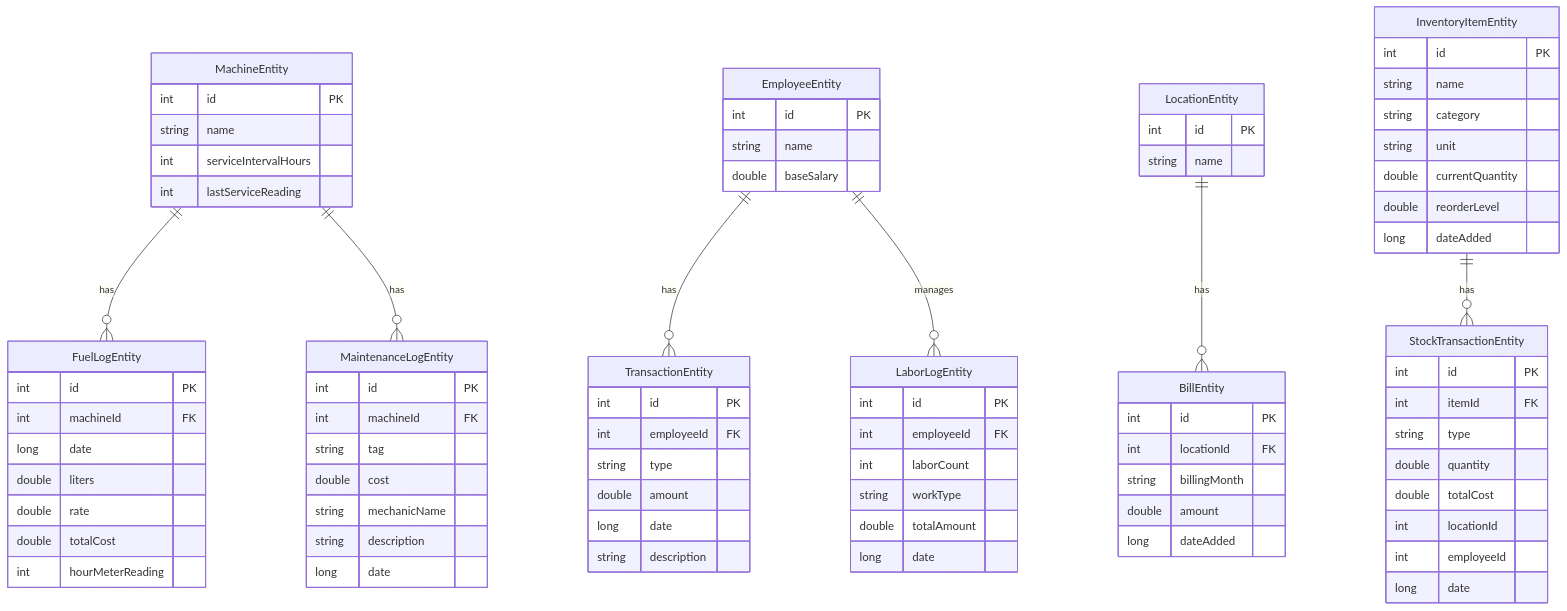
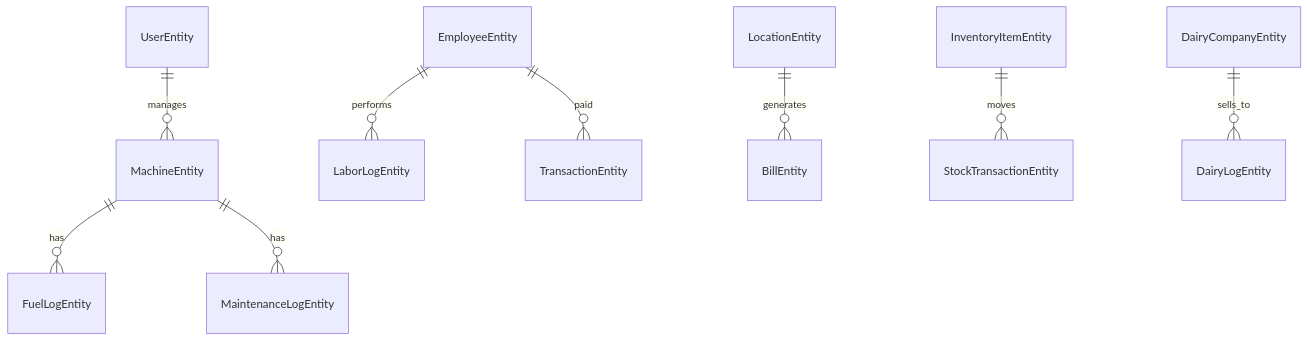
The diagram in PROJECT_ANALYSIS.md (haadbodla/AgriManager), drawn with Mermaid before and after one commit. The commit also changed other lines of this file and 17 other files, not shown here.

````diff
--- a/PROJECT_ANALYSIS.md
+++ b/PROJECT_ANALYSIS.md
@@ -176,94 +59,11 @@
 ```mermaid
 erDiagram
+    UserEntity ||--o{ MachineEntity : manages
     MachineEntity ||--o{ FuelLogEntity : has
     MachineEntity ||--o{ MaintenanceLogEntity : has
-    EmployeeEntity ||--o{ TransactionEntity : has
-    EmployeeEntity ||--o{ LaborLogEntity : manages
-    LocationEntity ||--o{ BillEntity : has
-    InventoryItemEntity ||--o{ StockTransactionEntity : has
-
-    MachineEntity {
-        int id PK
-        string name
-        int serviceIntervalHours
-        int lastServiceReading
-    }
-
-    FuelLogEntity {
-        int id PK
-        int machineId FK
-        long date
-        double liters
-        double rate
-        double totalCost
-        int hourMeterReading
-    }
-
-    EmployeeEntity {
-        int id PK
-        string name
-        double baseSalary
-    }
-
-    TransactionEntity {
-        int id PK
-        int employeeId FK
-        string type
-        double amount
-        long date
-        string description
-    }
-
-    LocationEntity {
-        int id PK
-        string name
-    }
-
-    BillEntity {
-        int id PK
-        int locationId FK
-        string billingMonth
-        double amount
-        long dateAdded
-    }
-
-    InventoryItemEntity {
-        int id PK
-        string name
-        string category
-        string unit
-        double currentQuantity
-        double reorderLevel
-        long dateAdded
-    }
-
-    StockTransactionEntity {
-        int id PK
-        int itemId FK
-        string type
-        double quantity
-        double totalCost
-        int locationId
-        int employeeId
-        long date
-    }
-
-    LaborLogEntity {
-        int id PK
-        int employeeId FK
-        int laborCount
-        string workType
-        double totalAmount
-        long date
-    }
-
-    MaintenanceLogEntity {
-        int id PK
-        int machineId FK
-        string tag
-        double cost
-        string mechanicName
-        string description
-        long date
-    }
+    EmployeeEntity ||--o{ LaborLogEntity : performs
+    EmployeeEntity ||--o{ TransactionEntity : paid
+    LocationEntity ||--o{ BillEntity : generates
+    InventoryItemEntity ||--o{ StockTransactionEntity : moves
+    DairyCompanyEntity ||--o{ DairyLogEntity : sells_to
 ```
````
